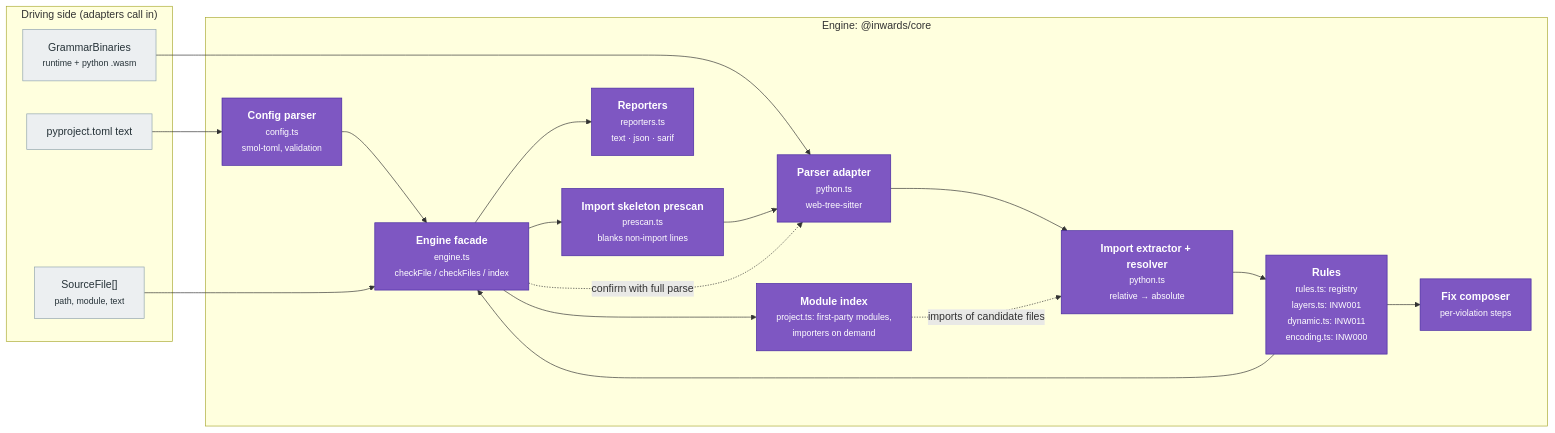
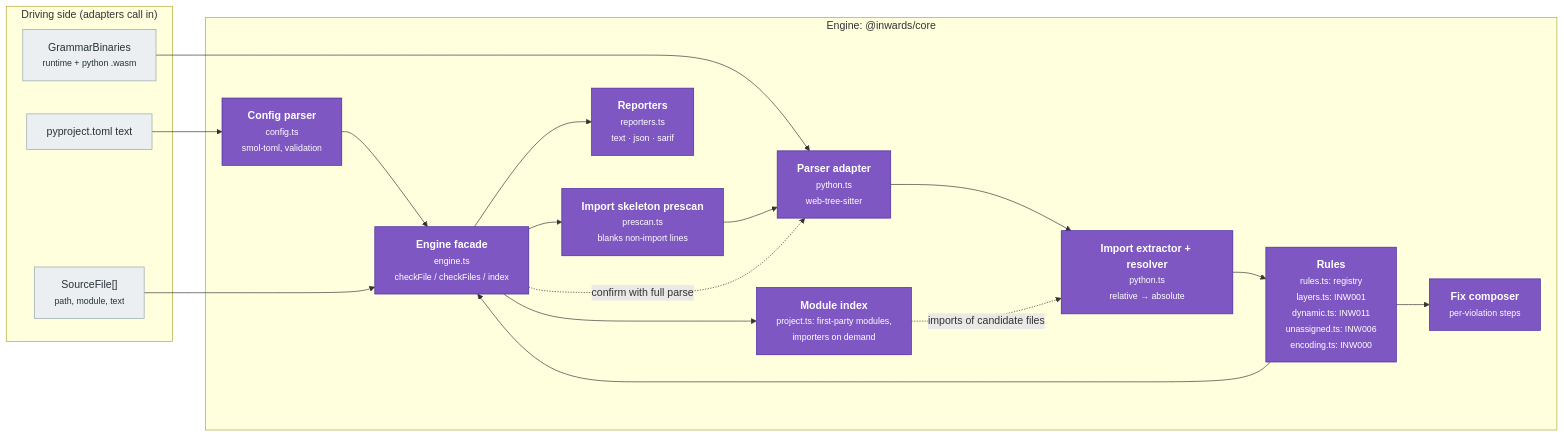
Before and after one commit to SirCypkowskyy/inwards: the third of 6 diagrams in docs/chapters/03-Architecture-C4.md, drawn with Mermaid. The commit also changed other lines of this file and 26 other files, not shown here.

First line of the commit message:
feat: INW006 unassigned-module and config integrity (#21)

````diff
--- a/docs/chapters/03-Architecture-C4.md
+++ b/docs/chapters/03-Architecture-C4.md
@@ -109,37 +109,37 @@
 ```mermaid
 flowchart LR
     subgraph driving["Driving side (adapters call in)"]
         files["SourceFile[]<br/><small>path, module, text</small>"]
         cfgtext["pyproject.toml text"]
         wasm["GrammarBinaries<br/><small>runtime + python .wasm</small>"]
     end
 
     subgraph enginebox["Engine: @inwards/core"]
         config["<b>Config parser</b><br/><small>config.ts<br/>smol-toml, validation</small>"]
         pre["<b>Import skeleton prescan</b><br/><small>prescan.ts<br/>blanks non-import lines</small>"]
         parser["<b>Parser adapter</b><br/><small>python.ts<br/>web-tree-sitter</small>"]
         extract["<b>Import extractor + resolver</b><br/><small>python.ts<br/>relative → absolute</small>"]
-        rules["<b>Rules</b><br/><small>rules.ts: registry<br/>layers.ts: INW001<br/>dynamic.ts: INW011<br/>encoding.ts: INW000</small>"]
+        rules["<b>Rules</b><br/><small>rules.ts: registry<br/>layers.ts: INW001<br/>dynamic.ts: INW011<br/>unassigned.ts: INW006<br/>encoding.ts: INW000</small>"]
         fix["<b>Fix composer</b><br/><small>per-violation steps</small>"]
         report["<b>Reporters</b><br/><small>reporters.ts<br/>text · json · sarif</small>"]
         engine["<b>Engine facade</b><br/><small>engine.ts<br/>checkFile / checkFiles / index</small>"]
         modgraph["<b>Module index</b><br/><small>project.ts: first-party modules,<br/>importers on demand</small>"]
     end
 
     cfgtext --> config --> engine
     wasm --> parser
     files --> engine
     engine --> pre --> parser --> extract --> rules
     rules --> fix
     rules --> engine
     engine -. "confirm with full parse" .-> parser
     engine --> modgraph
     modgraph -. "imports of candidate files" .-> extract
     engine --> report
 
     classDef comp fill:#7e57c2,color:#fff,stroke:#4527a0
     classDef planned fill:#ede7f6,color:#4527a0,stroke:#7e57c2,stroke-dasharray:5 5
     classDef port fill:#eceff1,color:#263238,stroke:#90a4ae
     class config,pre,parser,extract,rules,fix,report,engine,modgraph comp
     class files,cfgtext,wasm port
 ```
````
